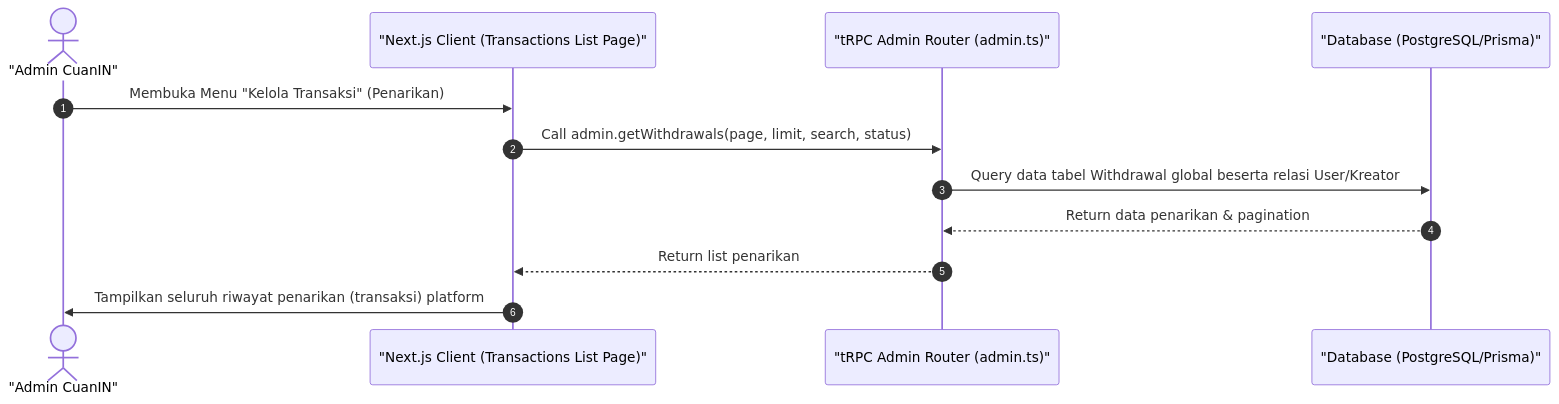
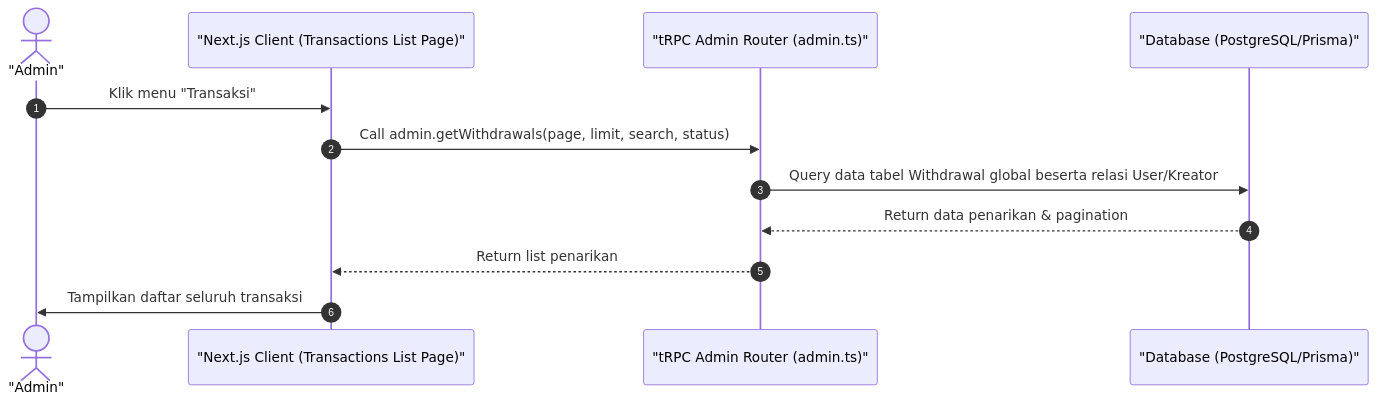
The diagram in docs/10-admin-transactions-list.md (luputer/CuanIN), drawn with Mermaid before and after one commit. The commit also changed 53 other files, not shown here.

````diff
--- a/docs/10-admin-transactions-list.md
+++ b/docs/10-admin-transactions-list.md
@@ -5,16 +5,16 @@
 ```mermaid
 sequenceDiagram
     autonumber
-    actor Admin as "Admin CuanIN"
+    actor Admin as "Admin"
     participant Client as "Next.js Client (Transactions List Page)"
     participant Server as "tRPC Admin Router (admin.ts)"
     participant DB as "Database (PostgreSQL/Prisma)"
 
-    Admin->>Client: Membuka Menu "Kelola Transaksi" (Penarikan)
+    Admin->>Client: Klik menu "Transaksi"
     Client->>Server: Call admin.getWithdrawals(page, limit, search, status)
     Server->>DB: Query data tabel Withdrawal global beserta relasi User/Kreator
     DB-->>Server: Return data penarikan & pagination
     Server-->>Client: Return list penarikan
-    Client->>Admin: Tampilkan seluruh riwayat penarikan (transaksi) platform
+    Client->>Admin: Tampilkan daftar seluruh transaksi
 
 ```
````
